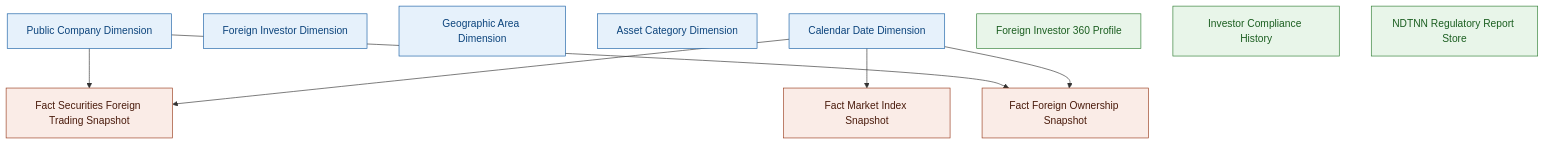
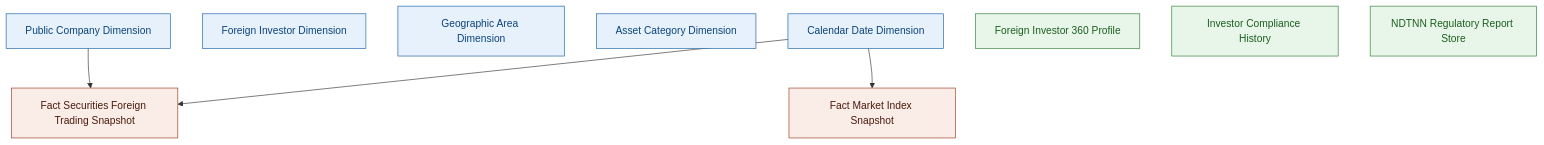
Before and after one commit to linhlvit/ubck_atomic_design: diagram 25 of 25 in Datamart/hld/DTM_NDTNN_HLD.md, drawn with Mermaid. The commit also changed other lines of this file and 4 other files, not shown here.

````diff
--- a/Datamart/hld/DTM_NDTNN_HLD.md
+++ b/Datamart/hld/DTM_NDTNN_HLD.md
@@ -1562,28 +1463,24 @@
 ```mermaid
 graph TB
     classDef dim fill:#E6F1FB,stroke:#185FA5,color:#0C447C
     classDef fact fill:#FAECE7,stroke:#993C1D,color:#4A1B0C
     classDef oper fill:#E8F5E9,stroke:#2E7D32,color:#1B5E20
 
     DIM_DATE["Calendar Date Dimension"]:::dim
     DIM_INVESTOR["Foreign Investor Dimension"]:::dim
     DIM_GEO["Geographic Area Dimension"]:::dim
     DIM_ASSET["Asset Category Dimension"]:::dim
     DIM_PUBCO["Public Company Dimension"]:::dim
 
     FACT_TRADE["Fact Securities Foreign Trading Snapshot"]:::fact
-    FACT_ROOM["Fact Foreign Ownership Snapshot"]:::fact
     FACT_MKTIDX["Fact Market Index Snapshot"]:::fact
 
     OPR_PROFILE["Foreign Investor 360 Profile"]:::oper
     OPR_COMPLY["Investor Compliance History"]:::oper
     OPR_REPORT["NDTNN Regulatory Report Store"]:::oper
 
     DIM_DATE --> FACT_TRADE
     DIM_PUBCO --> FACT_TRADE
 
-    DIM_DATE --> FACT_ROOM
-    DIM_PUBCO --> FACT_ROOM
-
     DIM_DATE --> FACT_MKTIDX
 ```
````
